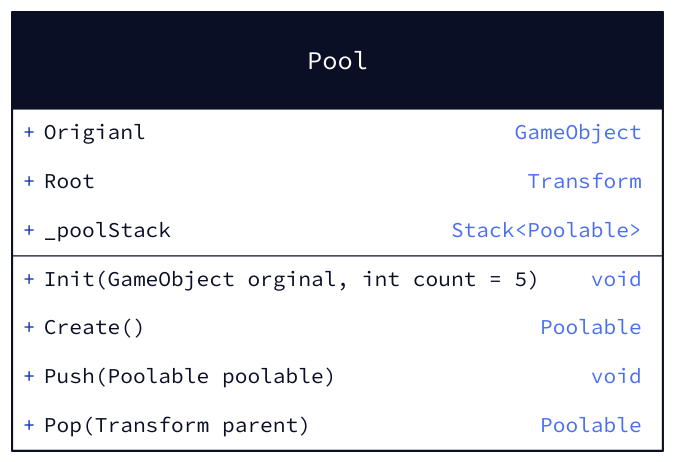
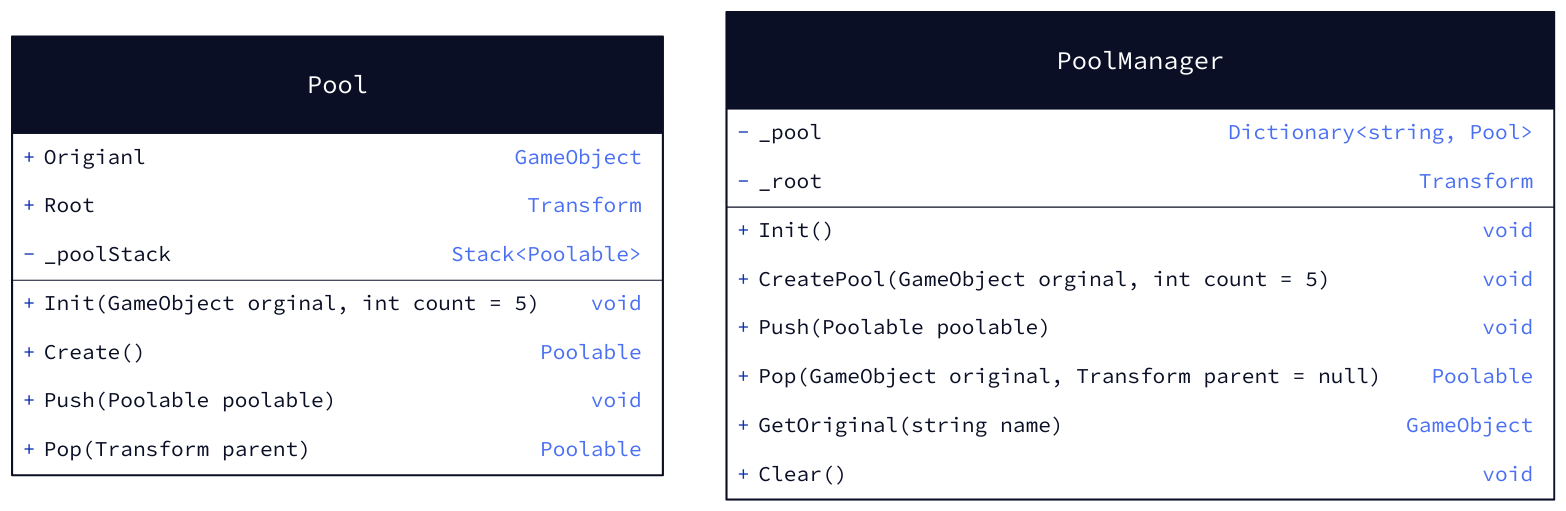
The diagram in D2/Managers/Core/PoolManager.d2 (SandyLee-00/Unity_Rookiss_3), drawn with D2 before and after one commit. The commit also changed 2 other files, not shown here.

Commit message:
:scroll: PoolManager, BaseScene, GameScene

```diff
--- a/D2/Managers/Core/PoolManager.d2
+++ b/D2/Managers/Core/PoolManager.d2
@@ -1,11 +1,24 @@
 Pool: {
   shape: class
   Origianl: GameObject
   Root: Transform
-  _poolStack: Stack<Poolable>
+  -_poolStack: Stack<Poolable>
 
   Init(GameObject orginal, int count = 5)
   Create(): Poolable
   Push(Poolable poolable)
   Pop(Transform parent): Poolable
 }
+
+PoolManager: {
+  shape: class
+  -_pool: Dictionary<string, Pool>
+  -_root: Transform
+
+  Init()
+  CreatePool(GameObject orginal, int count = 5)
+  Push(Poolable poolable)
+  Pop(GameObject original, Transform parent = null): Poolable
+  GetOriginal(string name): GameObject
+  Clear()
+}
```
